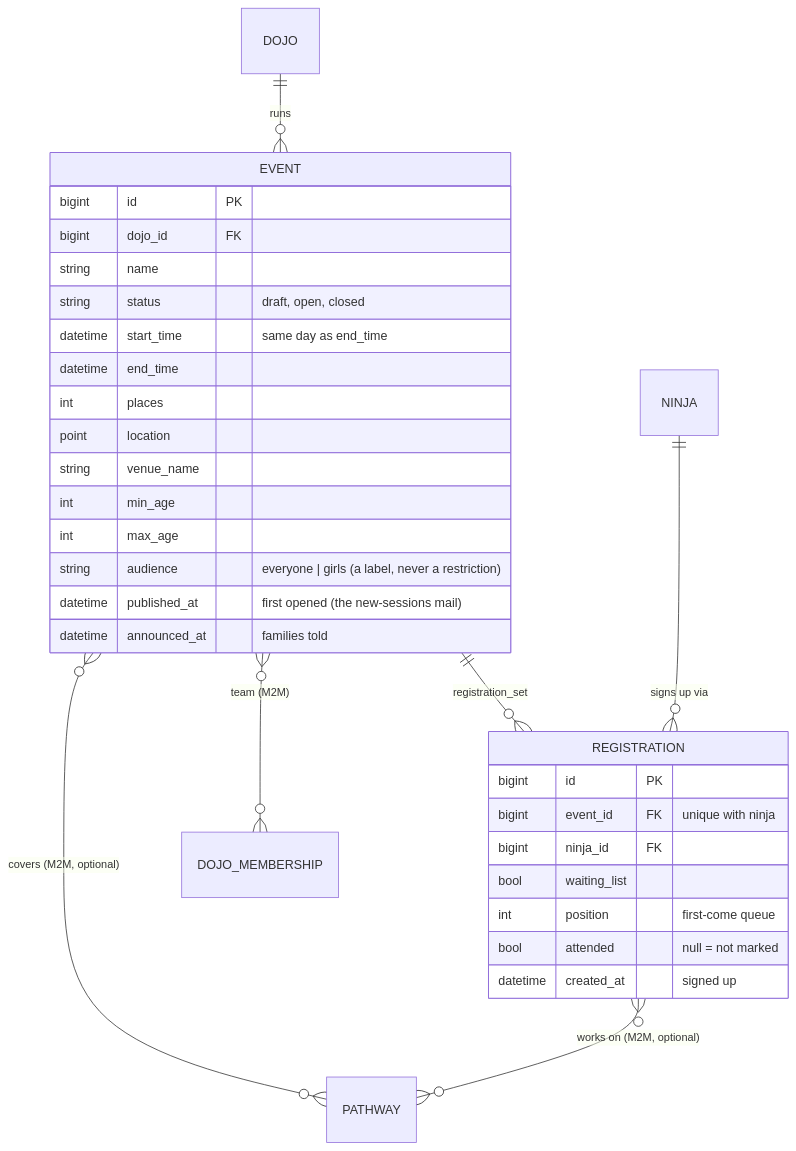
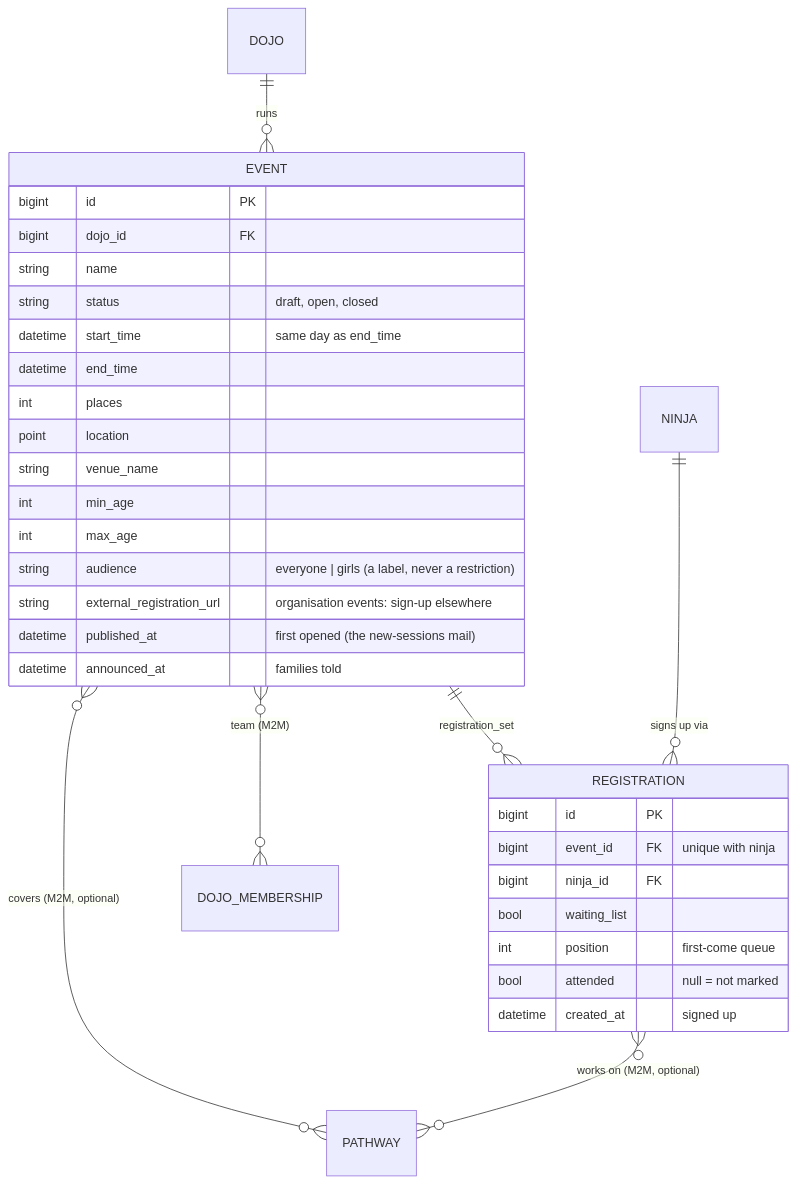
The fifth of 26 diagrams in DATA_MODEL.md (DoublG/coderdojo-event-registration), drawn with Mermaid before and after one commit. The commit also changed other lines of this file and 53 other files, not shown here.

First line of the commit message:
Organisation-run events and promoted events

````diff
--- a/DATA_MODEL.md
+++ b/DATA_MODEL.md
@@ -267,35 +268,36 @@
 ```mermaid
 erDiagram
     DOJO ||--o{ EVENT : "runs"
     EVENT ||--o{ REGISTRATION : "registration_set"
     NINJA ||--o{ REGISTRATION : "signs up via"
     EVENT }o--o{ PATHWAY : "covers (M2M, optional)"
     REGISTRATION }o--o{ PATHWAY : "works on (M2M, optional)"
     EVENT }o--o{ DOJO_MEMBERSHIP : "team (M2M)"
 
     EVENT {
         bigint id PK
         bigint dojo_id FK
         string name
         string status "draft, open, closed"
         datetime start_time "same day as end_time"
         datetime end_time
         int places
         point location
         string venue_name
         int min_age
         int max_age
         string audience "everyone | girls (a label, never a restriction)"
+        string external_registration_url "organisation events: sign-up elsewhere"
         datetime published_at "first opened (the new-sessions mail)"
         datetime announced_at "families told"
     }
     REGISTRATION {
         bigint id PK
         bigint event_id FK "unique with ninja"
         bigint ninja_id FK
         bool waiting_list
         int position "first-come queue"
         bool attended "null = not marked"
         datetime created_at "signed up"
     }
 ```
````
